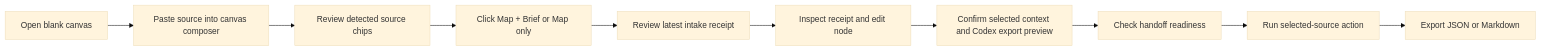
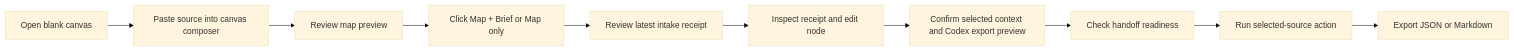
One commit to frankxai/starlight-agent-canvas changed the first of 2 diagrams in docs/user-flows.md. Above: the diagram before and after it, drawn with Mermaid (base theme). The commit also changed other lines of this file and 12 other files, not shown here.

Commit message:
Show intake map preview

````diff
--- a/docs/user-flows.md
+++ b/docs/user-flows.md
@@ -5,12 +5,12 @@
 ```mermaid
 flowchart LR
   open["Open blank canvas"] --> paste["Paste source into canvas composer"]
-  paste --> preview["Review detected source chips"]
+  paste --> preview["Review map preview"]
   preview --> map["Click Map + Brief or Map only"]
   map --> receipt["Review latest intake receipt"]
   receipt --> inspect["Inspect receipt and edit node"]
   inspect --> scope["Confirm selected context and Codex export preview"]
   scope --> ready["Check handoff readiness"]
   ready --> action["Run selected-source action"]
   action --> export["Export JSON or Markdown"]
 ```
````
